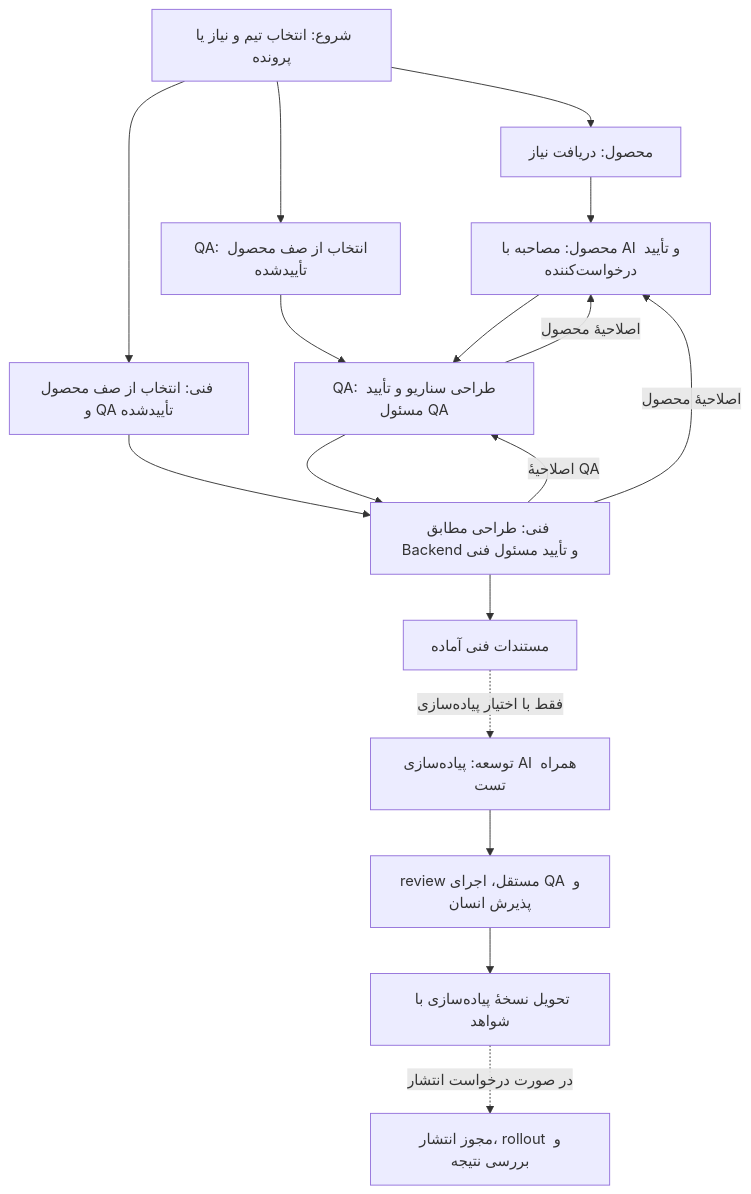
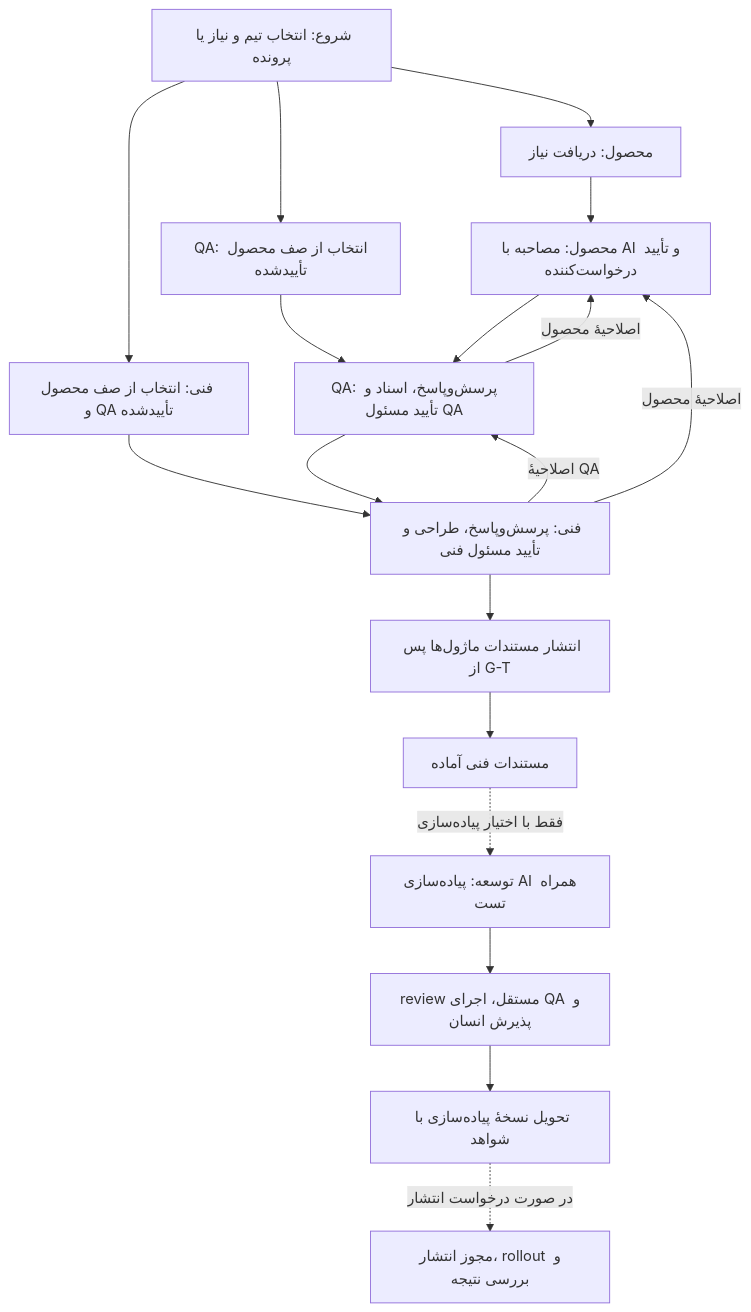
One commit to oveysrostami/product-workflow changed the diagram in README.md. Above: the diagram before and after it, drawn with Mermaid. The commit also changed other lines of this file and 51 other files, not shown here.

````diff
--- a/README.md
+++ b/README.md
@@ -18,19 +24,20 @@
 ```mermaid
 flowchart TD
     S["شروع: انتخاب تیم و نیاز یا پرونده"] --> I["محصول: دریافت نیاز"]
     S --> QS["QA: انتخاب از صف محصول تأییدشده"]
     S --> TS["فنی: انتخاب از صف محصول و QA تأییدشده"]
     I --> P["محصول: مصاحبه با AI و تأیید درخواست‌کننده"]
     QS --> Q
     TS --> T
-    P --> Q["QA: طراحی سناریو و تأیید مسئول QA"]
-    Q --> T["فنی: طراحی مطابق Backend و تأیید مسئول فنی"]
-    T --> HDoc["مستندات فنی آماده"]
+    P --> Q["QA: پرسش‌وپاسخ، اسناد و تأیید مسئول QA"]
+    Q --> T["فنی: پرسش‌وپاسخ، طراحی و تأیید مسئول فنی"]
+    T --> M["انتشار مستندات ماژول‌ها پس از G-T"]
+    M --> HDoc["مستندات فنی آماده"]
     HDoc -. "فقط با اختیار پیاده‌سازی" .-> D["توسعه: پیاده‌سازی AI همراه تست"]
     Q -->|"اصلاحیهٔ محصول"| P
     T -->|"اصلاحیهٔ QA"| Q
     T -->|"اصلاحیهٔ محصول"| P
     D --> V["review مستقل، اجرای QA و پذیرش انسان"]
     V --> H["تحویل نسخهٔ پیاده‌سازی با شواهد"]
     H -. "در صورت درخواست انتشار" .-> R["مجوز انتشار، rollout و بررسی نتیجه"]
 ```
````
